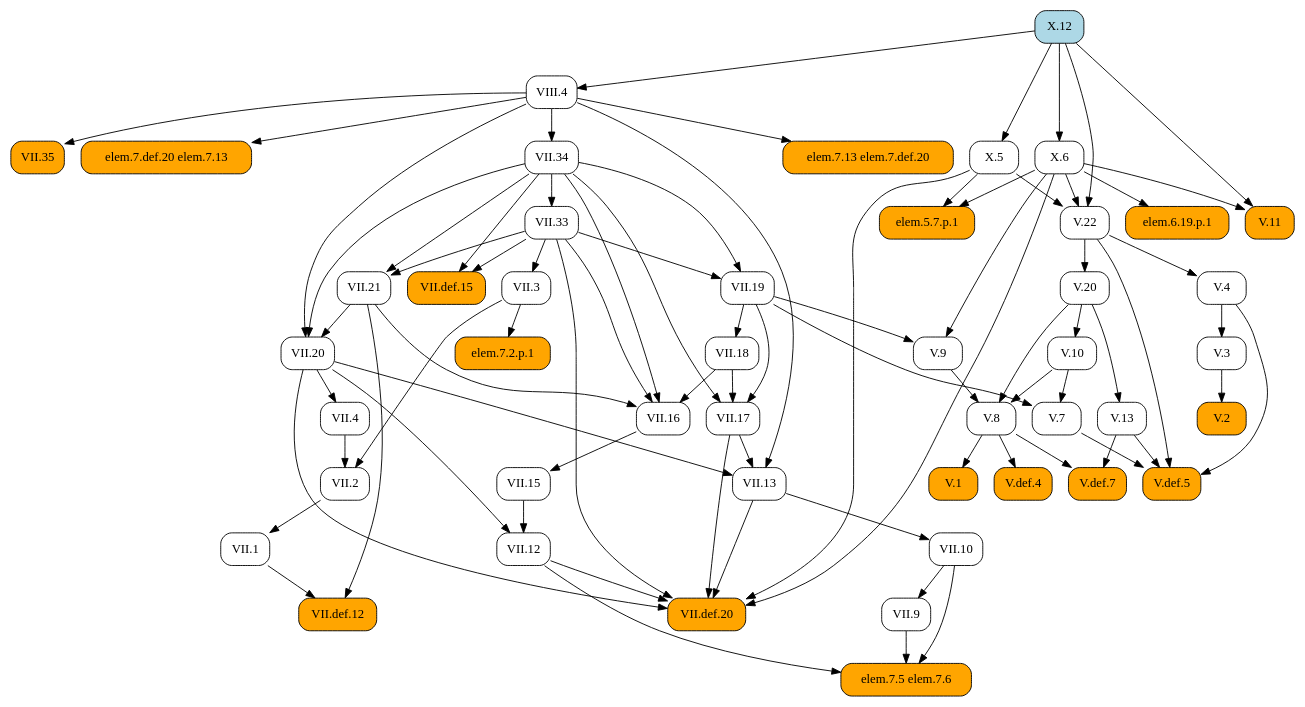
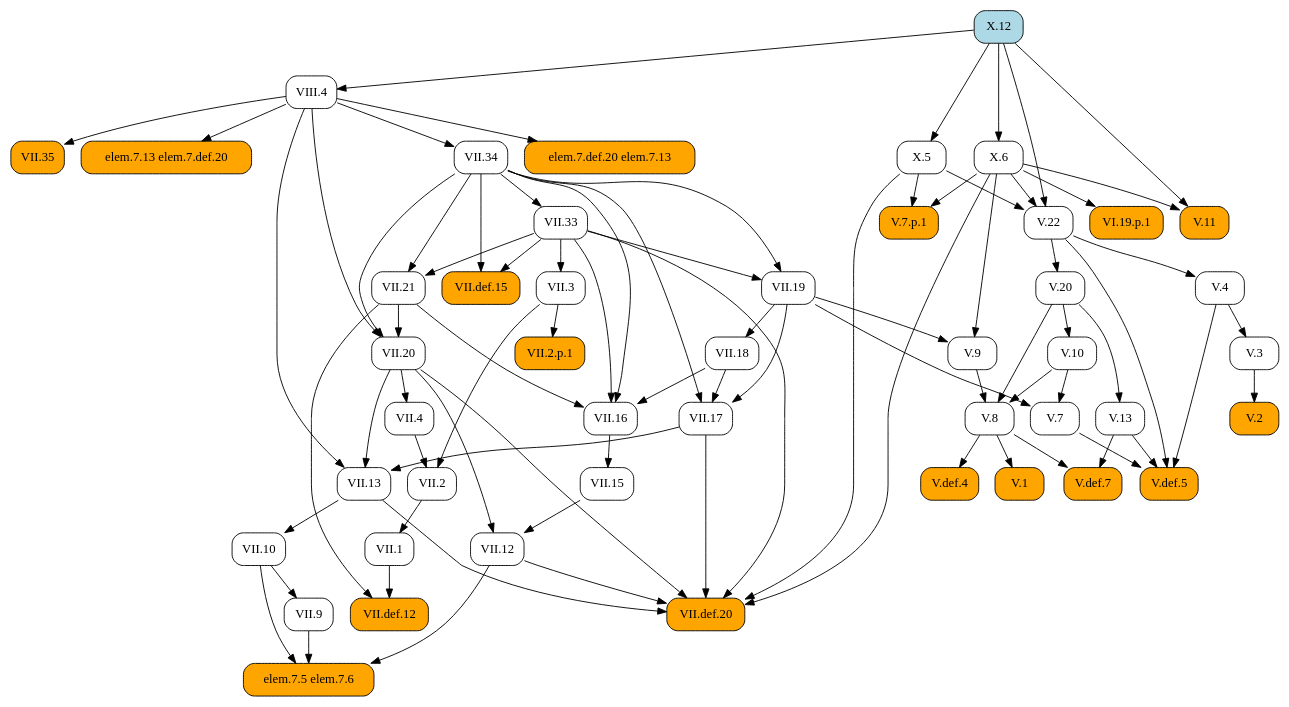
One commit to geometor/elements changed the diagram in docsrc/heath/X/12/index.rst. Above: the diagram before and after it, drawn with Graphviz. The commit also changed 484 other files, not shown here.

```diff
--- a/docsrc/heath/X/12/index.rst
+++ b/docsrc/heath/X/12/index.rst
@@ -52,124 +52,98 @@
    digraph {
      rankdir="TB";
      node [shape=box, style=rounded];
-     "VII.1" [URL="/heath/VII/1/", target="_top"];
+     "VII.33" [URL="/heath/VII/33/", target="_top"];
+     "VII.12" [URL="/heath/VII/12/", target="_top"];
+     "elem.7.def.20 elem.7.13" [style="rounded,filled", fillcolor=orange];
+     "elem.7.5 elem.7.6" [style="rounded,filled", fillcolor=orange];
      "VII.9" [URL="/heath/VII/9/", target="_top"];
-     "V.def.5" [style="rounded,filled", fillcolor=orange, URL="/heath/V/def.5/", target="_top"];
-     "V.22" [URL="/heath/V/22/", target="_top"];
-     "X.6" [URL="/heath/X/6/", target="_top"];
-     "V.10" [URL="/heath/V/10/", target="_top"];
-     "V.20" [URL="/heath/V/20/", target="_top"];
-     "V.11" [style="rounded,filled", fillcolor=orange, URL="/heath/V/11/", target="_top"];
+     "VII.34" [URL="/heath/VII/34/", target="_top"];
      "V.13" [URL="/heath/V/13/", target="_top"];
-     "VII.17" [URL="/heath/VII/17/", target="_top"];
-     "elem.7.5 elem.7.6" [style="rounded,filled", fillcolor=orange];
-     "VII.3" [URL="/heath/VII/3/", target="_top"];
-     "V.7" [URL="/heath/V/7/", target="_top"];
-     "V.9" [URL="/heath/V/9/", target="_top"];
-     "VII.13" [URL="/heath/VII/13/", target="_top"];
-     "VII.2" [URL="/heath/VII/2/", target="_top"];
-     "V.3" [URL="/heath/V/3/", target="_top"];
-     "elem.7.13 elem.7.def.20" [style="rounded,filled", fillcolor=orange];
-     "VII.12" [URL="/heath/VII/12/", target="_top"];
-     "X.12" [style="rounded,filled", fillcolor=lightblue, URL="/heath/X/12/", target="_top"];
-     "elem.6.19.p.1" [style="rounded,filled", fillcolor=orange];
-     "V.8" [URL="/heath/V/8/", target="_top"];
-     "VII.def.12" [style="rounded,filled", fillcolor=orange, URL="/heath/VII/def.12/", target="_top"];
-     "VII.33" [URL="/heath/VII/33/", target="_top"];
-     "elem.7.2.p.1" [style="rounded,filled", fillcolor=orange];
-     "VII.10" [URL="/heath/VII/10/", target="_top"];
-     "VII.def.15" [style="rounded,filled", fillcolor=orange, URL="/heath/VII/def.15/", target="_top"];
-     "VII.19" [URL="/heath/VII/19/", target="_top"];
      "VII.18" [URL="/heath/VII/18/", target="_top"];
      "VII.16" [URL="/heath/VII/16/", target="_top"];
+     "V.7" [URL="/heath/V/7/", target="_top"];
+     "V.7.p.1" [style="rounded,filled", fillcolor=orange];
+     "X.12" [style="rounded,filled", fillcolor=lightblue, URL="/heath/X/12/", target="_top"];
+     "V.def.5" [style="rounded,filled", fillcolor=orange, URL="/heath/V/def.5/", target="_top"];
+     "X.6" [URL="/heath/X/6/", target="_top"];
+     "V.9" [URL="/heath/V/9/", target="_top"];
+     "VII.10" [URL="/heath/VII/10/", target="_top"];
+     "VII.13" [URL="/heath/VII/13/", target="_top"];
+     "V.10" [URL="/heath/V/10/", target="_top"];
+     "VIII.4" [URL="/heath/VIII/4/", target="_top"];
      "V.4" [URL="/heath/V/4/", target="_top"];
-     "elem.5.7.p.1" [style="rounded,filled", fillcolor=orange];
-     "VII.4" [URL="/heath/VII/4/", target="_top"];
-     "VIII.4" [URL="/heath/VIII/4/", target="_top"];
-     "VII.21" [URL="/heath/VII/21/", target="_top"];
-     "V.1" [style="rounded,filled", fillcolor=orange, URL="/heath/V/1/", target="_top"];
-     "VII.20" [URL="/heath/VII/20/", target="_top"];
+     "V.20" [URL="/heath/V/20/", target="_top"];
      "VII.35" [style="rounded,filled", fillcolor=orange, URL="/heath/VII/35/", target="_top"];
-     "X.5" [URL="/heath/X/5/", target="_top"];
-     "VII.34" [URL="/heath/VII/34/", target="_top"];
+     "VII.def.15" [style="rounded,filled", fillcolor=orange, URL="/heath/VII/def.15/", target="_top"];
+     "V.11" [style="rounded,filled", fillcolor=orange, URL="/heath/V/11/", target="_top"];
+     "VII.17" [URL="/heath/VII/17/", target="_top"];
+     "VII.19" [URL="/heath/VII/19/", target="_top"];
+     "VII.2" [URL="/heath/VII/2/", target="_top"];
+     "VII.def.20" [style="rounded,filled", fillcolor=orange, URL="/heath/VII/def.20/", target="_top"];
+     "VII.2.p.1" [style="rounded,filled", fillcolor=orange];
      "V.def.4" [style="rounded,filled", fillcolor=orange, URL="/heath/V/def.4/", target="_top"];
+     "VII.15" [URL="/heath/VII/15/", target="_top"];
      "V.2" [style="rounded,filled", fillcolor=orange, URL="/heath/V/2/", target="_top"];
      "V.def.7" [style="rounded,filled", fillcolor=orange, URL="/heath/V/def.7/", target="_top"];
-     "VII.15" [URL="/heath/VII/15/", target="_top"];
-     "VII.def.20" [style="rounded,filled", fillcolor=orange, URL="/heath/VII/def.20/", target="_top"];
-     "elem.7.def.20 elem.7.13" [style="rounded,filled", fillcolor=orange];
-     "VII.2" -> "VII.1";
-     "VII.10" -> "VII.9";
-     "V.4" -> "V.def.5";
-     "V.7" -> "V.def.5";
-     "V.13" -> "V.def.5";
-     "V.22" -> "V.def.5";
-     "X.5" -> "V.22";
-     "X.6" -> "V.22";
-     "X.12" -> "V.22";
-     "X.12" -> "X.6";
-     "V.20" -> "V.10";
-     "V.22" -> "V.20";
-     "X.6" -> "V.11";
-     "X.12" -> "V.11";
-     "V.20" -> "V.13";
-     "VII.18" -> "VII.17";
-     "VII.19" -> "VII.17";
-     "VII.34" -> "VII.17";
+     "V.3" [URL="/heath/V/3/", target="_top"];
+     "X.5" [URL="/heath/X/5/", target="_top"];
+     "VII.21" [URL="/heath/VII/21/", target="_top"];
+     "VI.19.p.1" [style="rounded,filled", fillcolor=orange];
+     "VII.1" [URL="/heath/VII/1/", target="_top"];
+     "V.8" [URL="/heath/V/8/", target="_top"];
+     "VII.4" [URL="/heath/VII/4/", target="_top"];
+     "VII.def.12" [style="rounded,filled", fillcolor=orange, URL="/heath/VII/def.12/", target="_top"];
+     "V.22" [URL="/heath/V/22/", target="_top"];
+     "V.1" [style="rounded,filled", fillcolor=orange, URL="/heath/V/1/", target="_top"];
+     "elem.7.13 elem.7.def.20" [style="rounded,filled", fillcolor=orange];
+     "VII.3" [URL="/heath/VII/3/", target="_top"];
+     "VII.20" [URL="/heath/VII/20/", target="_top"];
+     "VII.34" -> "VII.33";
+     "VII.15" -> "VII.12";
+     "VII.20" -> "VII.12";
+     "VIII.4" -> "elem.7.def.20 elem.7.13";
      "VII.9" -> "elem.7.5 elem.7.6";
      "VII.10" -> "elem.7.5 elem.7.6";
      "VII.12" -> "elem.7.5 elem.7.6";
-     "VII.33" -> "VII.3";
-     "V.10" -> "V.7";
-     "VII.19" -> "V.7";
-     "VII.19" -> "V.9";
-     "X.6" -> "V.9";
-     "VII.17" -> "VII.13";
-     "VII.20" -> "VII.13";
-     "VIII.4" -> "VII.13";
-     "VII.3" -> "VII.2";
-     "VII.4" -> "VII.2";
-     "V.4" -> "V.3";
-     "VIII.4" -> "elem.7.13 elem.7.def.20";
-     "VII.15" -> "VII.12";
-     "VII.20" -> "VII.12";
-     "X.6" -> "elem.6.19.p.1";
-     "V.9" -> "V.8";
-     "V.10" -> "V.8";
-     "V.20" -> "V.8";
-     "VII.1" -> "VII.def.12";
-     "VII.21" -> "VII.def.12";
-     "VII.34" -> "VII.33";
-     "VII.3" -> "elem.7.2.p.1";
-     "VII.13" -> "VII.10";
-     "VII.33" -> "VII.def.15";
-     "VII.34" -> "VII.def.15";
-     "VII.33" -> "VII.19";
-     "VII.34" -> "VII.19";
+     "VII.10" -> "VII.9";
+     "VIII.4" -> "VII.34";
+     "V.20" -> "V.13";
      "VII.19" -> "VII.18";
      "VII.18" -> "VII.16";
      "VII.21" -> "VII.16";
      "VII.33" -> "VII.16";
      "VII.34" -> "VII.16";
+     "V.10" -> "V.7";
+     "VII.19" -> "V.7";
+     "X.5" -> "V.7.p.1";
+     "X.6" -> "V.7.p.1";
+     "V.4" -> "V.def.5";
+     "V.7" -> "V.def.5";
+     "V.13" -> "V.def.5";
+     "V.22" -> "V.def.5";
+     "X.12" -> "X.6";
+     "VII.19" -> "V.9";
+     "X.6" -> "V.9";
+     "VII.13" -> "VII.10";
+     "VII.17" -> "VII.13";
+     "VII.20" -> "VII.13";
+     "VIII.4" -> "VII.13";
+     "V.20" -> "V.10";
+     "X.12" -> "VIII.4";
      "V.22" -> "V.4";
-     "X.5" -> "elem.5.7.p.1";
-     "X.6" -> "elem.5.7.p.1";
-     "VII.20" -> "VII.4";
-     "X.12" -> "VIII.4";
-     "VII.33" -> "VII.21";
-     "VII.34" -> "VII.21";
-     "V.8" -> "V.1";
-     "VII.21" -> "VII.20";
-     "VII.34" -> "VII.20";
-     "VIII.4" -> "VII.20";
+     "V.22" -> "V.20";
      "VIII.4" -> "VII.35";
-     "X.12" -> "X.5";
-     "VIII.4" -> "VII.34";
-     "V.8" -> "V.def.4";
-     "V.3" -> "V.2";
-     "V.8" -> "V.def.7";
-     "V.13" -> "V.def.7";
-     "VII.16" -> "VII.15";
+     "VII.33" -> "VII.def.15";
+     "VII.34" -> "VII.def.15";
+     "X.6" -> "V.11";
+     "X.12" -> "V.11";
+     "VII.18" -> "VII.17";
+     "VII.19" -> "VII.17";
+     "VII.34" -> "VII.17";
+     "VII.33" -> "VII.19";
+     "VII.34" -> "VII.19";
+     "VII.3" -> "VII.2";
+     "VII.4" -> "VII.2";
      "VII.12" -> "VII.def.20";
      "VII.13" -> "VII.def.20";
      "VII.17" -> "VII.def.20";
@@ -177,5 +151,31 @@
      "VII.33" -> "VII.def.20";
      "X.5" -> "VII.def.20";
      "X.6" -> "VII.def.20";
-     "VIII.4" -> "elem.7.def.20 elem.7.13";
+     "VII.3" -> "VII.2.p.1";
+     "V.8" -> "V.def.4";
+     "VII.16" -> "VII.15";
+     "V.3" -> "V.2";
+     "V.8" -> "V.def.7";
+     "V.13" -> "V.def.7";
+     "V.4" -> "V.3";
+     "X.12" -> "X.5";
+     "VII.33" -> "VII.21";
+     "VII.34" -> "VII.21";
+     "X.6" -> "VI.19.p.1";
+     "VII.2" -> "VII.1";
+     "V.9" -> "V.8";
+     "V.10" -> "V.8";
+     "V.20" -> "V.8";
+     "VII.20" -> "VII.4";
+     "VII.1" -> "VII.def.12";
+     "VII.21" -> "VII.def.12";
+     "X.5" -> "V.22";
+     "X.6" -> "V.22";
+     "X.12" -> "V.22";
+     "V.8" -> "V.1";
+     "VIII.4" -> "elem.7.13 elem.7.def.20";
+     "VII.33" -> "VII.3";
+     "VII.21" -> "VII.20";
+     "VII.34" -> "VII.20";
+     "VIII.4" -> "VII.20";
    }
```
